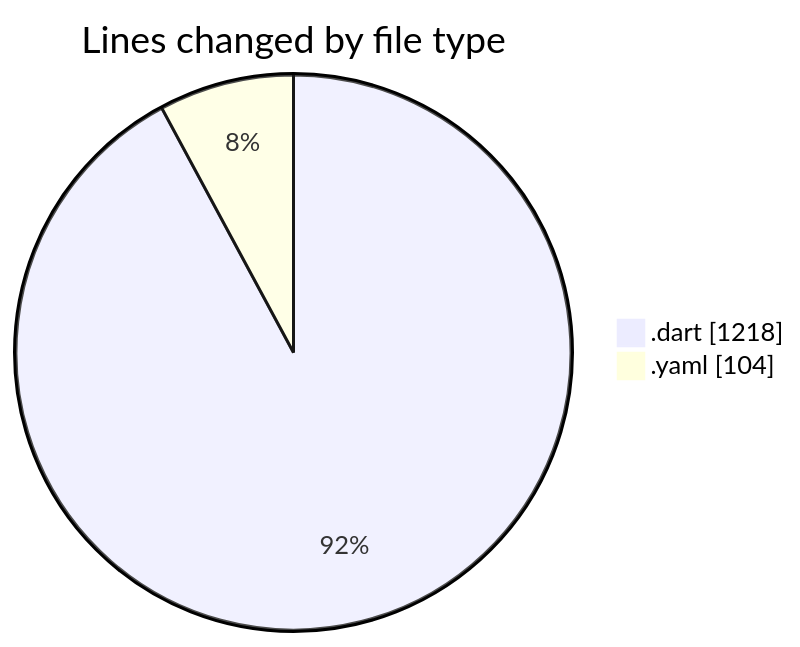
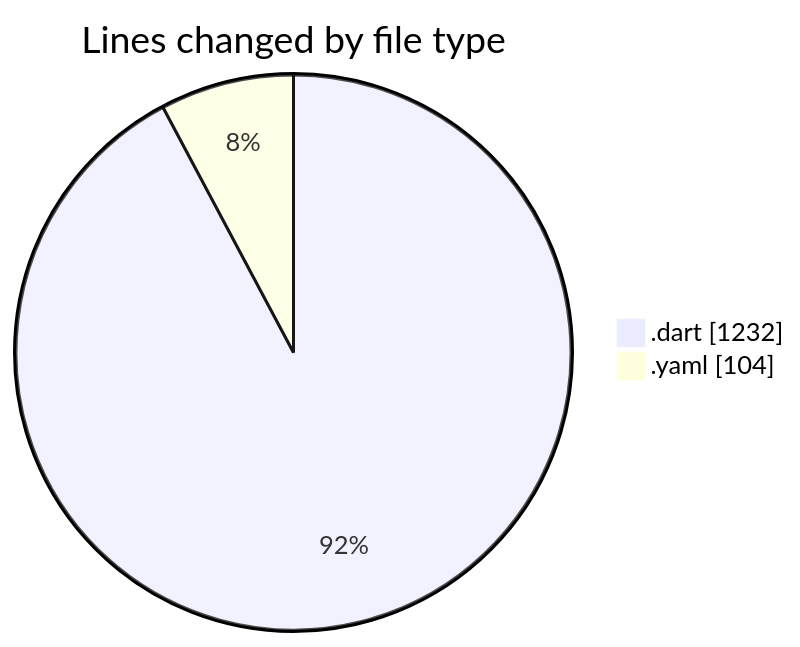
The first of 2 diagrams in 2025-03-08/uber_clone/README.md (donsfak/code-tracking), drawn with Mermaid before and after one commit. The commit also changed other lines of this file and 1 other file, not shown here.

````diff
--- a/2025-03-08/uber_clone/README.md
+++ b/2025-03-08/uber_clone/README.md
@@ -22,6 +22,6 @@
 ```mermaid
 pie showData
 title Lines changed by file type
-".dart" : 1218
+".dart" : 1232
 ".yaml" : 104
 ```
````
